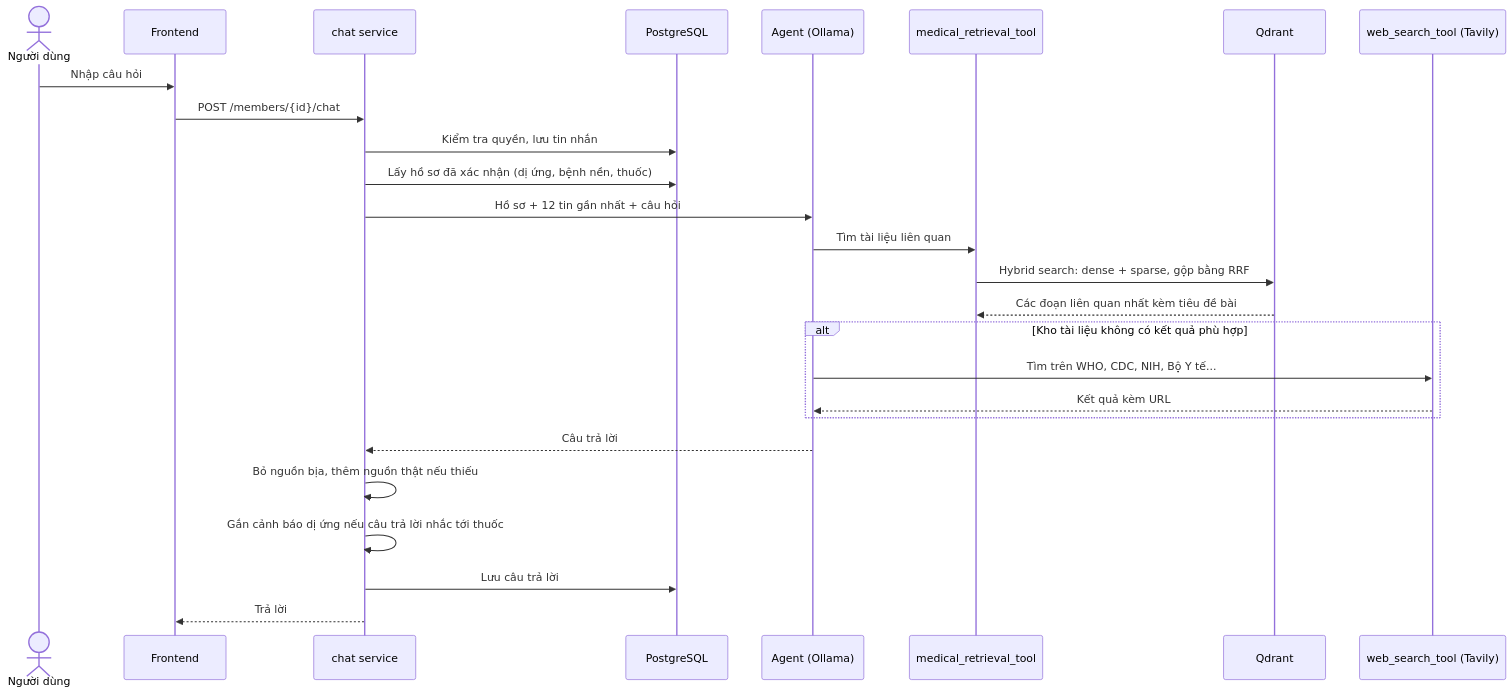
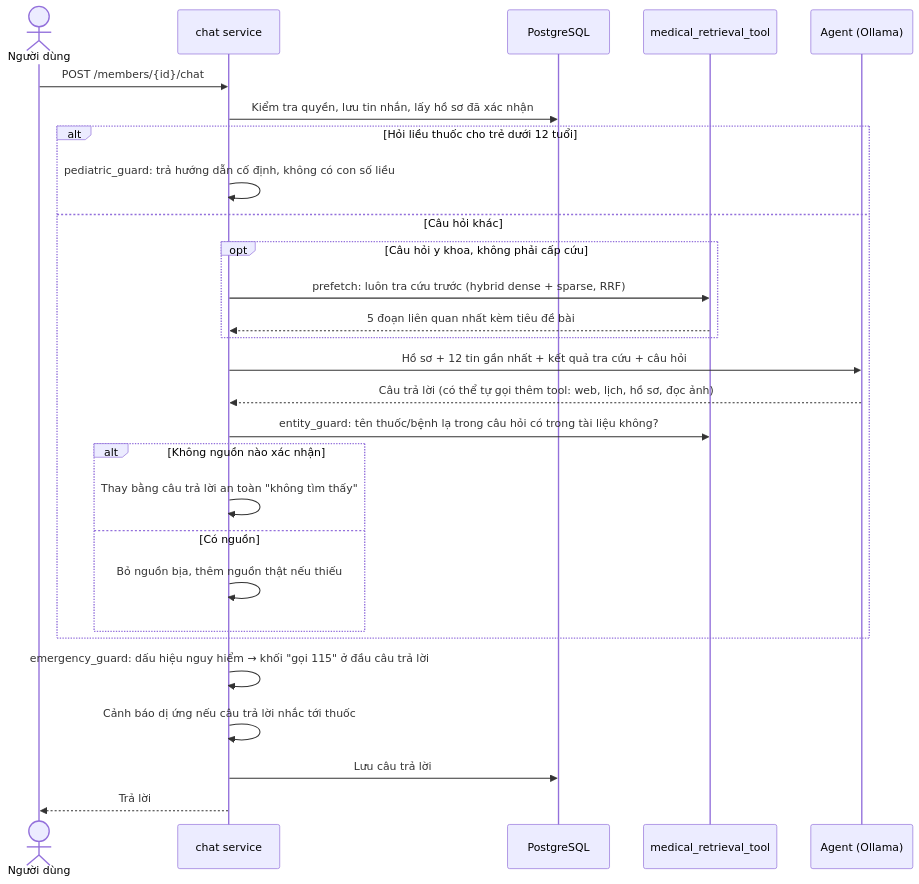
Before and after one commit to deckardLong/medical-multi-agent: the second of 3 diagrams in README.md, drawn with Mermaid. The commit also changed other lines of this file and 31 other files, not shown here.

````diff
--- a/README.md
+++ b/README.md
@@ -104,29 +93,31 @@
 ```mermaid
 sequenceDiagram
     actor U as Người dùng
-    participant FE as Frontend
     participant C as chat service
     participant DB as PostgreSQL
+    participant R as medical_retrieval_tool
     participant A as Agent (Ollama)
-    participant R as medical_retrieval_tool
-    participant Q as Qdrant
-    participant W as web_search_tool (Tavily)
 
-    U->>FE: Nhập câu hỏi
-    FE->>C: POST /members/{id}/chat
-    C->>DB: Kiểm tra quyền, lưu tin nhắn
-    C->>DB: Lấy hồ sơ đã xác nhận (dị ứng, bệnh nền, thuốc)
-    C->>A: Hồ sơ + 12 tin gần nhất + câu hỏi
-    A->>R: Tìm tài liệu liên quan
-    R->>Q: Hybrid search: dense + sparse, gộp bằng RRF
-    Q-->>R: Các đoạn liên quan nhất kèm tiêu đề bài
-    alt Kho tài liệu không có kết quả phù hợp
-        A->>W: Tìm trên WHO, CDC, NIH, Bộ Y tế...
-        W-->>A: Kết quả kèm URL
+    U->>C: POST /members/{id}/chat
+    C->>DB: Kiểm tra quyền, lưu tin nhắn, lấy hồ sơ đã xác nhận
+    alt Hỏi liều thuốc cho trẻ dưới 12 tuổi
+        C->>C: pediatric_guard: trả hướng dẫn cố định, không có con số liều
+    else Câu hỏi khác
+        opt Câu hỏi y khoa, không phải cấp cứu
+            C->>R: prefetch: luôn tra cứu trước (hybrid dense + sparse, RRF)
+            R-->>C: 5 đoạn liên quan nhất kèm tiêu đề bài
+        end
+        C->>A: Hồ sơ + 12 tin gần nhất + kết quả tra cứu + câu hỏi
+        A-->>C: Câu trả lời (có thể tự gọi thêm tool: web, lịch, hồ sơ, đọc ảnh)
+        C->>R: entity_guard: tên thuốc/bệnh lạ trong câu hỏi có trong tài liệu không?
+        alt Không nguồn nào xác nhận
+            C->>C: Thay bằng câu trả lời an toàn "không tìm thấy"
+        else Có nguồn
+            C->>C: Bỏ nguồn bịa, thêm nguồn thật nếu thiếu
+        end
     end
-    A-->>C: Câu trả lời
-    C->>C: Bỏ nguồn bịa, thêm nguồn thật nếu thiếu
-    C->>C: Gắn cảnh báo dị ứng nếu câu trả lời nhắc tới thuốc
+    C->>C: emergency_guard: dấu hiệu nguy hiểm → khối "gọi 115" ở đầu câu trả lời
+    C->>C: Cảnh báo dị ứng nếu câu trả lời nhắc tới thuốc
     C->>DB: Lưu câu trả lời
-    C-->>FE: Trả lời
+    C-->>U: Trả lời
 ```
````
